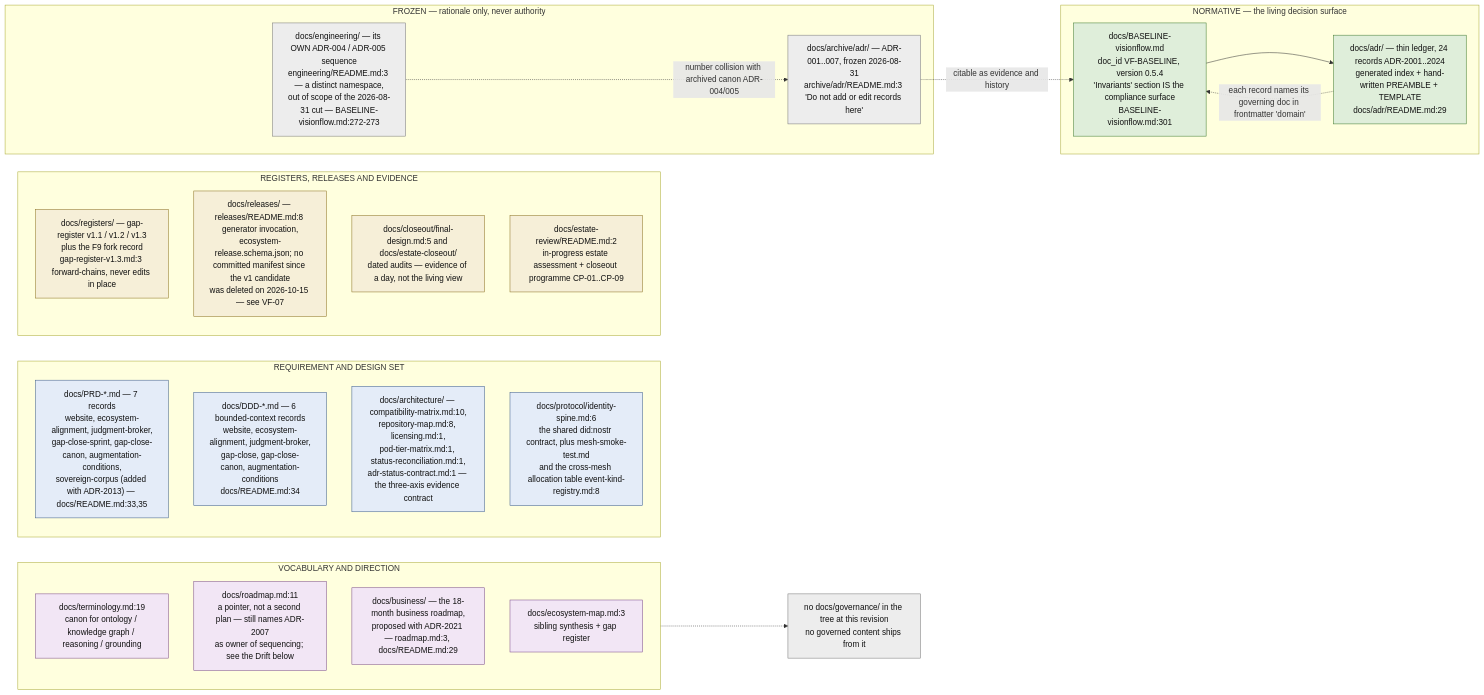
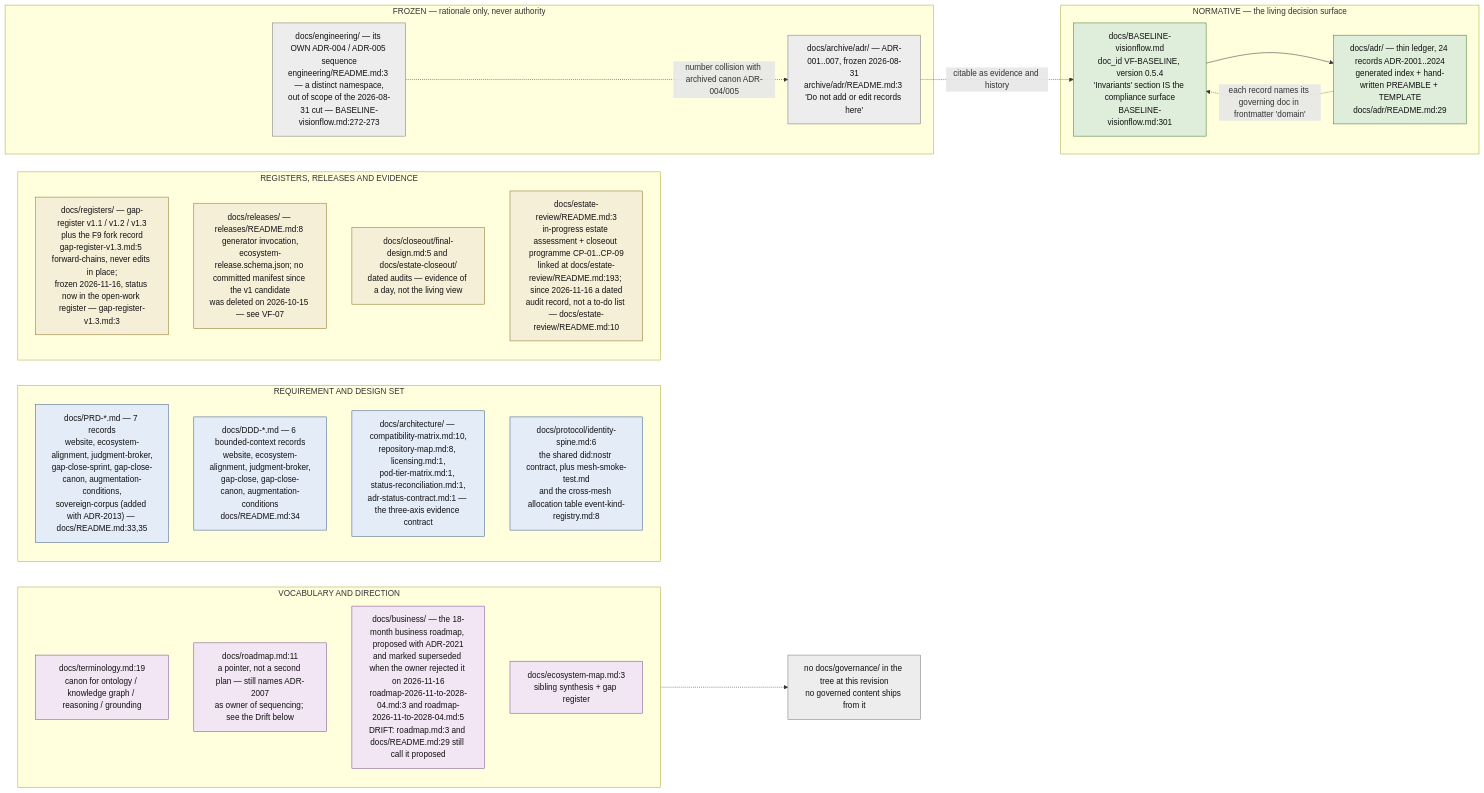
The first of 11 diagrams in docs/diagrams/visionflow/01-repo-composition-and-canon.md (DreamLab-AI/VisionFlow), drawn with Mermaid before and after one commit. The commit also changed other lines of this file and 7 other files, not shown here.

````diff
--- a/docs/diagrams/visionflow/01-repo-composition-and-canon.md
+++ b/docs/diagrams/visionflow/01-repo-composition-and-canon.md
@@ -70,46 +70,46 @@
 ```mermaid
 flowchart LR
     classDef norm fill:#dfeeda,stroke:#3f7a2f,color:#111
     classDef spec fill:#e4ecf8,stroke:#3a5a8a,color:#111
     classDef reg fill:#f6efd8,stroke:#8a7020,color:#111
     classDef frozen fill:#ededed,stroke:#777,color:#111
     classDef other fill:#f2e6f5,stroke:#7a4a8a,color:#111
 
     subgraph LIVING["NORMATIVE — the living decision surface"]
         BASE["docs/BASELINE-visionflow.md<br/>doc_id VF-BASELINE, version 0.5.4<br/>'Invariants' section IS the compliance surface<br/>BASELINE-visionflow.md:301"]:::norm
         LED["docs/adr/ — thin ledger, 24 records ADR-2001..2024<br/>generated index + hand-written PREAMBLE + TEMPLATE<br/>docs/adr/README.md:29"]:::norm
     end
 
     subgraph SPECS["REQUIREMENT AND DESIGN SET"]
         PRD["docs/PRD-*.md — 7 records<br/>website, ecosystem-alignment, judgment-broker,<br/>gap-close-sprint, gap-close-canon, augmentation-conditions,<br/>sovereign-corpus (added with ADR-2013) — docs/README.md:33,35"]:::spec
         DDD["docs/DDD-*.md — 6 bounded-context records<br/>website, ecosystem-alignment, judgment-broker,<br/>gap-close, gap-close-canon, augmentation-conditions<br/>docs/README.md:34"]:::spec
         ARCH["docs/architecture/ — compatibility-matrix.md:10,<br/>repository-map.md:8, licensing.md:1,<br/>pod-tier-matrix.md:1, status-reconciliation.md:1,<br/>adr-status-contract.md:1 — the three-axis evidence contract"]:::spec
         PROTO["docs/protocol/identity-spine.md:6<br/>the shared did:nostr contract, plus mesh-smoke-test.md<br/>and the cross-mesh allocation table event-kind-registry.md:8"]:::spec
     end
 
     subgraph EVID["REGISTERS, RELEASES AND EVIDENCE"]
-        REG["docs/registers/ — gap-register v1.1 / v1.2 / v1.3<br/>plus the F9 fork record<br/>gap-register-v1.3.md:3 forward-chains, never edits in place"]:::reg
+        REG["docs/registers/ — gap-register v1.1 / v1.2 / v1.3<br/>plus the F9 fork record<br/>gap-register-v1.3.md:5 forward-chains, never edits in place;<br/>frozen 2026-11-16, status now in the open-work register — gap-register-v1.3.md:3"]:::reg
         REL["docs/releases/ — releases/README.md:8 generator invocation,<br/>ecosystem-release.schema.json; no committed manifest since the v1 candidate<br/>was deleted on 2026-10-15 — see VF-07"]:::reg
         CLOSE["docs/closeout/final-design.md:5 and docs/estate-closeout/<br/>dated audits — evidence of a day, not the living view"]:::reg
-        REVIEW["docs/estate-review/README.md:2<br/>in-progress estate assessment + closeout programme CP-01..CP-09"]:::reg
+        REVIEW["docs/estate-review/README.md:3<br/>in-progress estate assessment + closeout programme CP-01..CP-09<br/>linked at docs/estate-review/README.md:193; since 2026-11-16 a dated<br/>audit record, not a to-do list — docs/estate-review/README.md:10"]:::reg
     end
 
     subgraph WORDS["VOCABULARY AND DIRECTION"]
         TERM["docs/terminology.md:19<br/>canon for ontology / knowledge graph / reasoning / grounding"]:::other
         ROAD["docs/roadmap.md:11<br/>a pointer, not a second plan — still names ADR-2007<br/>as owner of sequencing; see the Drift below"]:::other
-        BIZ["docs/business/ — the 18-month business roadmap,<br/>proposed with ADR-2021 — roadmap.md:3, docs/README.md:29"]:::other
+        BIZ["docs/business/ — the 18-month business roadmap, proposed with ADR-2021<br/>and marked superseded when the owner rejected it on 2026-11-16<br/>roadmap-2026-11-to-2028-04.md:3 and roadmap-2026-11-to-2028-04.md:5<br/>DRIFT: roadmap.md:3 and docs/README.md:29 still call it proposed"]:::other
         MAP["docs/ecosystem-map.md:3<br/>sibling synthesis + gap register"]:::other
     end
 
     subgraph FROZEN["FROZEN — rationale only, never authority"]
         ARCHV["docs/archive/adr/ — ADR-001..007, frozen 2026-08-31<br/>archive/adr/README.md:3 'Do not add or edit records here'"]:::frozen
         ENG["docs/engineering/ — its OWN ADR-004 / ADR-005 sequence<br/>engineering/README.md:3 — a distinct namespace,<br/>out of scope of the 2026-08-31 cut — BASELINE-visionflow.md:272-273"]:::frozen
     end
 
     BASE --> LED
     LED -.->|"each record names its governing doc in frontmatter 'domain'"| BASE
     ARCHV -.->|"citable as evidence and history"| BASE
     ENG -.->|"number collision with archived canon ADR-004/005"| ARCHV
     EMPTY["no docs/governance/ in the tree at this revision<br/>no governed content ships from it"]:::frozen
     WORDS -.-> EMPTY
 ```
````
